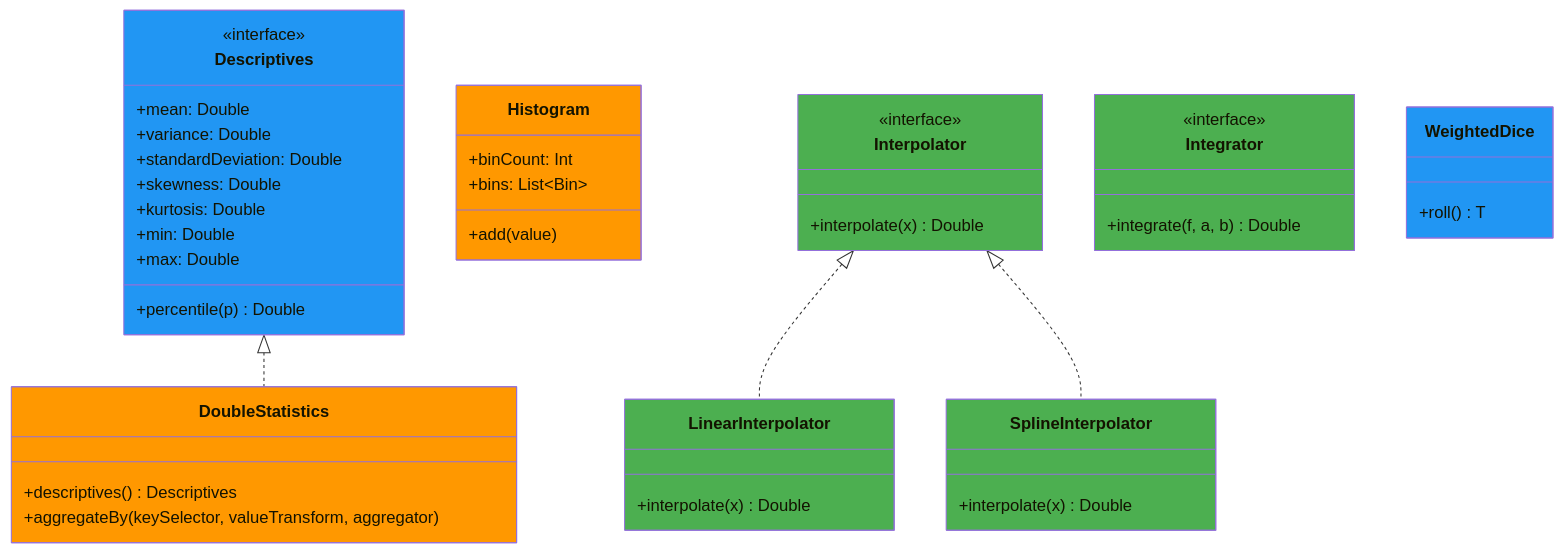
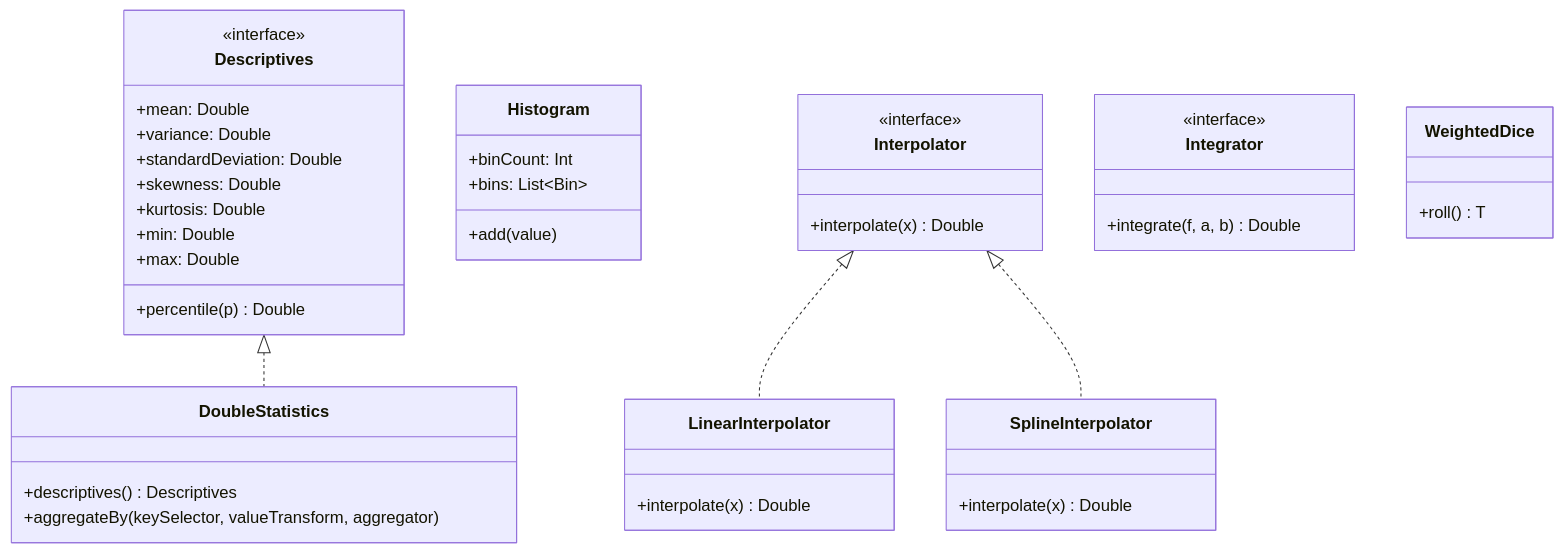
One commit to bluetape4k/bluetape4k-projects changed the first of 2 diagrams in utils/math/README.md. Above: the diagram before and after it, drawn with Mermaid. The commit also changed other lines of this file and 95 other files, not shown here.

First line of the commit message:
docs: Mermaid 파서 오류 전체 수정 (IntelliJ IDEA 호환)

````diff
--- a/utils/math/README.md
+++ b/utils/math/README.md
@@ -238,48 +238,45 @@
 ```mermaid
 classDiagram
-    class Descriptives:::utilStyle {
+    class Descriptives {
         <<interface>>
         +mean: Double
         +variance: Double
         +standardDeviation: Double
         +skewness: Double
         +kurtosis: Double
         +min: Double
         +max: Double
         +percentile(p) Double
     }
-    class DoubleStatistics:::modelStyle {
+    class DoubleStatistics {
         +descriptives() Descriptives
         +aggregateBy(keySelector, valueTransform, aggregator)
     }
-    class Histogram:::modelStyle {
+    class Histogram {
         +add(value)
         +binCount: Int
         +bins: List~Bin~
     }
-    class Interpolator:::serviceStyle {
+    class Interpolator {
         <<interface>>
         +interpolate(x) Double
     }
-    class LinearInterpolator:::serviceStyle {
+    class LinearInterpolator {
         +interpolate(x) Double
     }
-    class SplineInterpolator:::serviceStyle {
+    class SplineInterpolator {
         +interpolate(x) Double
     }
-    class Integrator:::serviceStyle {
+    class Integrator {
         <<interface>>
         +integrate(f, a, b) Double
     }
-    class WeightedDice:::utilStyle {
+    class WeightedDice {
         +roll() T
     }
 
     Descriptives <|.. DoubleStatistics
     Interpolator <|.. LinearInterpolator
     Interpolator <|.. SplineInterpolator
 
-    classDef utilStyle    fill:#2196F3
-    classDef serviceStyle fill:#4CAF50
-    classDef modelStyle   fill:#FF9800
 ```
````
